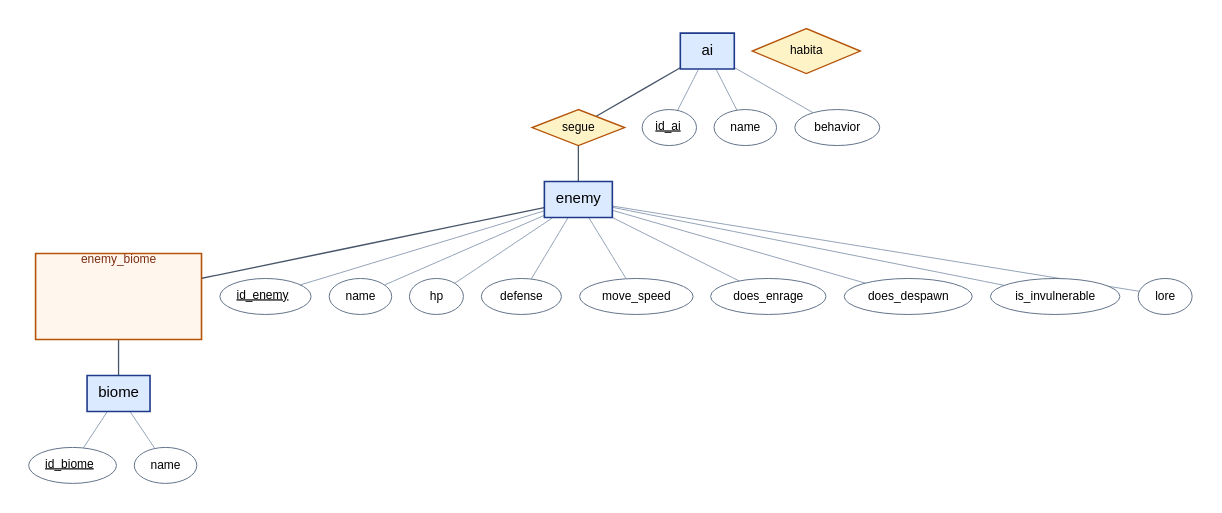
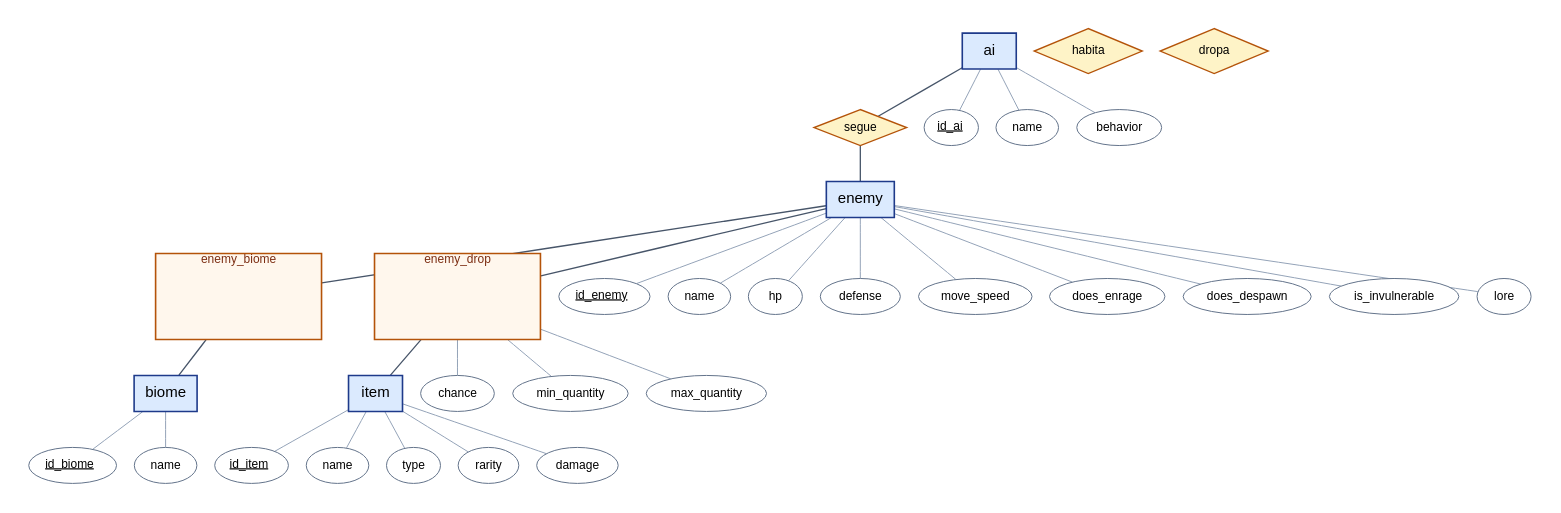
One commit to iruziky/terraria_bd changed the diagram in docs/iteracao2/der.dot. Above: the diagram before and after it, drawn with Graphviz. The commit also changed 1 other file, not shown here.

```diff
--- a/docs/iteracao2/der.dot
+++ b/docs/iteracao2/der.dot
@@ -1,43 +1,64 @@
 graph DER {
   bgcolor="#ffffff"; pad=0.3; splines=line; outputorder=edgesfirst;
   node [fontname="Helvetica", style=filled, fixedsize=false];
   edge [fontname="Helvetica", fontsize=13, fontcolor="#b45309"];
   "ai" [shape=box, fillcolor="#dbeafe", color="#1e3a8a", penwidth=1.6, fontsize=15, pos="1296,0!"];
+  "item" [shape=box, fillcolor="#dbeafe", color="#1e3a8a", penwidth=1.6, fontsize=15, pos="756.0,331.2!"];
   "enemy" [shape=box, fillcolor="#dbeafe", color="#1e3a8a", penwidth=1.6, fontsize=15, pos="1296,331.2!"];
   "biome" [shape=box, fillcolor="#dbeafe", color="#1e3a8a", penwidth=1.6, fontsize=15, pos="1656,331.2!"];
   r0 [shape=diamond, label="segue", fillcolor="#fef3c7", color="#b45309", penwidth=1.4, fontsize=12, pos="1296.0,165.6!"];
   "ai" -- r0 [color="#475569", penwidth=1.3];
   r0 -- "enemy" [color="#475569", penwidth=1.3];
   r1b [shape=box, label="enemy_biome", labelloc=t, fixedsize=true, width=2.3, height=1.2, style="filled", fillcolor="#fff7ed", color="#b45309", penwidth=1.6, fontsize=12, fontcolor="#7c2d12", pos="1476.0,331.2!"];
   r1 [shape=diamond, label="habita", fixedsize=true, width=1.5, height=0.62, fillcolor="#fef3c7", color="#b45309", penwidth=1.4, fontsize=12, pos="1476.0,331.2!"];
   "enemy" -- r1b [color="#475569", penwidth=1.3];
   r1b -- "biome" [color="#475569", penwidth=1.3];
+  r2b [shape=box, label="enemy_drop", labelloc=t, fixedsize=true, width=2.3, height=1.2, style="filled", fillcolor="#fff7ed", color="#b45309", penwidth=1.6, fontsize=12, fontcolor="#7c2d12", pos="1026.0,331.2!"];
+  r2 [shape=diamond, label="dropa", fixedsize=true, width=1.5, height=0.62, fillcolor="#fef3c7", color="#b45309", penwidth=1.4, fontsize=12, pos="1026.0,331.2!"];
+  "enemy" -- r2b [color="#475569", penwidth=1.3];
+  r2b -- "item" [color="#475569", penwidth=1.3];
   a0 [shape=ellipse, label=<<u>id_ai</u>>, fillcolor="#ffffff", color="#64748b", fontsize=12, pos="1178.1,13.6!"];
   "ai" -- a0 [color="#94a3b8"];
   a1 [shape=ellipse, label="name", fillcolor="#ffffff", color="#64748b", fontsize=12, pos="1296.0,-69.1!"];
   "ai" -- a1 [color="#94a3b8"];
   a2 [shape=ellipse, label="behavior", fillcolor="#ffffff", color="#64748b", fontsize=12, pos="1421.9,13.6!"];
   "ai" -- a2 [color="#94a3b8"];
-  a3 [shape=ellipse, label=<<u>id_enemy</u>>, fillcolor="#ffffff", color="#64748b", fontsize=12, pos="1422.1,400.3!"];
-  "enemy" -- a3 [color="#94a3b8"];
-  a4 [shape=ellipse, label="name", fillcolor="#ffffff", color="#64748b", fontsize=12, pos="1370.8,451.5!"];
-  "enemy" -- a4 [color="#94a3b8"];
-  a5 [shape=ellipse, label="hp", fillcolor="#ffffff", color="#64748b", fontsize=12, pos="1283.1,428.8!"];
-  "enemy" -- a5 [color="#94a3b8"];
-  a6 [shape=ellipse, label="defense", fillcolor="#ffffff", color="#64748b", fontsize=12, pos="1186.5,441.6!"];
-  "enemy" -- a6 [color="#94a3b8"];
-  a7 [shape=ellipse, label="move_speed", fillcolor="#ffffff", color="#64748b", fontsize=12, pos="1148.2,383.0!"];
-  "enemy" -- a7 [color="#94a3b8"];
-  a8 [shape=ellipse, label="does_enrage", fillcolor="#ffffff", color="#64748b", fontsize=12, pos="1077.0,342.0!"];
+  a3 [shape=ellipse, label=<<u>id_item</u>>, fillcolor="#ffffff", color="#64748b", fontsize=12, pos="821.9,390.1!"];
+  "item" -- a3 [color="#94a3b8"];
+  a4 [shape=ellipse, label="name", fillcolor="#ffffff", color="#64748b", fontsize=12, pos="677.4,419.2!"];
+  "item" -- a4 [color="#94a3b8"];
+  a5 [shape=ellipse, label="type", fillcolor="#ffffff", color="#64748b", fontsize=12, pos="638.5,331.2!"];
+  "item" -- a5 [color="#94a3b8"];
+  a6 [shape=ellipse, label="rarity", fillcolor="#ffffff", color="#64748b", fontsize=12, pos="674.8,243.2!"];
+  "item" -- a6 [color="#94a3b8"];
+  a7 [shape=ellipse, label="damage", fillcolor="#ffffff", color="#64748b", fontsize=12, pos="820.4,272.3!"];
+  "item" -- a7 [color="#94a3b8"];
+  a8 [shape=ellipse, label=<<u>id_enemy</u>>, fillcolor="#ffffff", color="#64748b", fontsize=12, pos="1427.8,400.3!"];
   "enemy" -- a8 [color="#94a3b8"];
-  a9 [shape=ellipse, label="does_despawn", fillcolor="#ffffff", color="#64748b", fontsize=12, pos="1129.9,294.7!"];
+  a9 [shape=ellipse, label="name", fillcolor="#ffffff", color="#64748b", fontsize=12, pos="1399.3,442.3!"];
   "enemy" -- a9 [color="#94a3b8"];
-  a10 [shape=ellipse, label="is_invulnerable", fillcolor="#ffffff", color="#64748b", fontsize=12, pos="1143.5,233.9!"];
+  a10 [shape=ellipse, label="hp", fillcolor="#ffffff", color="#64748b", fontsize=12, pos="1327.0,427.5!"];
   "enemy" -- a10 [color="#94a3b8"];
-  a11 [shape=ellipse, label="lore", fillcolor="#ffffff", color="#64748b", fontsize=12, pos="1407.1,262.0!"];
+  a11 [shape=ellipse, label="defense", fillcolor="#ffffff", color="#64748b", fontsize=12, pos="1256.6,458.7!"];
   "enemy" -- a11 [color="#94a3b8"];
-  a12 [shape=ellipse, label=<<u>id_biome</u>>, fillcolor="#ffffff", color="#64748b", fontsize=12, pos="1687.1,264.1!"];
-  "biome" -- a12 [color="#94a3b8"];
-  a13 [shape=ellipse, label="name", fillcolor="#ffffff", color="#64748b", fontsize=12, pos="1684.4,398.3!"];
-  "biome" -- a13 [color="#94a3b8"];
+  a12 [shape=ellipse, label="move_speed", fillcolor="#ffffff", color="#64748b", fontsize=12, pos="1225.5,415.1!"];
+  "enemy" -- a12 [color="#94a3b8"];
+  a13 [shape=ellipse, label="does_enrage", fillcolor="#ffffff", color="#64748b", fontsize=12, pos="1114.1,441.4!"];
+  "enemy" -- a13 [color="#94a3b8"];
+  a14 [shape=ellipse, label="does_despawn", fillcolor="#ffffff", color="#64748b", fontsize=12, pos="1152.1,262.1!"];
+  "enemy" -- a14 [color="#94a3b8"];
+  a15 [shape=ellipse, label="is_invulnerable", fillcolor="#ffffff", color="#64748b", fontsize=12, pos="1158.7,221.0!"];
+  "enemy" -- a15 [color="#94a3b8"];
+  a16 [shape=ellipse, label="lore", fillcolor="#ffffff", color="#64748b", fontsize=12, pos="1407.1,262.0!"];
+  "enemy" -- a16 [color="#94a3b8"];
+  a17 [shape=ellipse, label=<<u>id_biome</u>>, fillcolor="#ffffff", color="#64748b", fontsize=12, pos="1687.1,264.1!"];
+  "biome" -- a17 [color="#94a3b8"];
+  a18 [shape=ellipse, label="name", fillcolor="#ffffff", color="#64748b", fontsize=12, pos="1684.4,398.3!"];
+  "biome" -- a18 [color="#94a3b8"];
+  a19 [shape=ellipse, label="chance", fillcolor="#ffffff", color="#64748b", fontsize=12, pos="1093.4,400.3!"];
+  r2b -- a19 [color="#94a3b8"];
+  a20 [shape=ellipse, label="min_quantity", fillcolor="#ffffff", color="#64748b", fontsize=12, pos="950.1,400.3!"];
+  r2b -- a20 [color="#94a3b8"];
+  a21 [shape=ellipse, label="max_quantity", fillcolor="#ffffff", color="#64748b", fontsize=12, pos="1026.0,256.3!"];
+  r2b -- a21 [color="#94a3b8"];
 }
```
